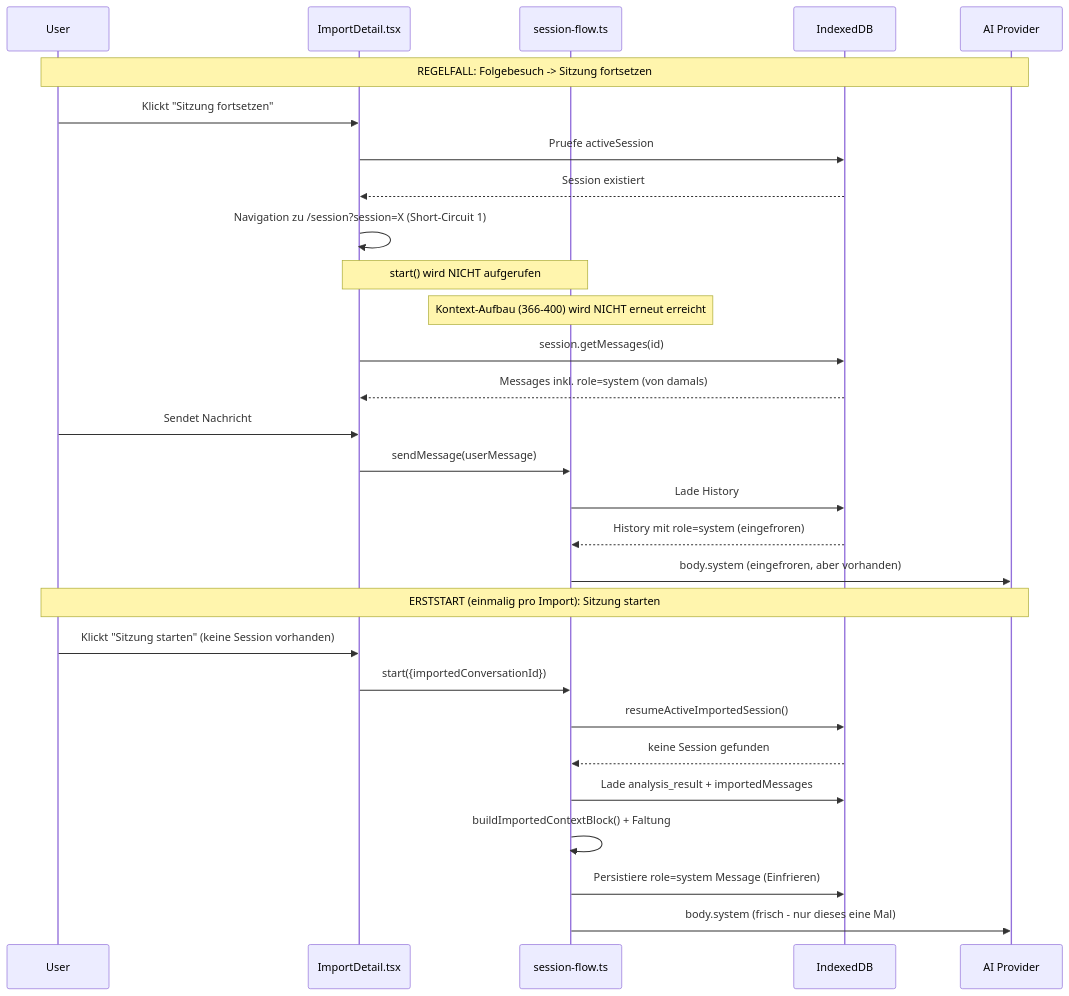
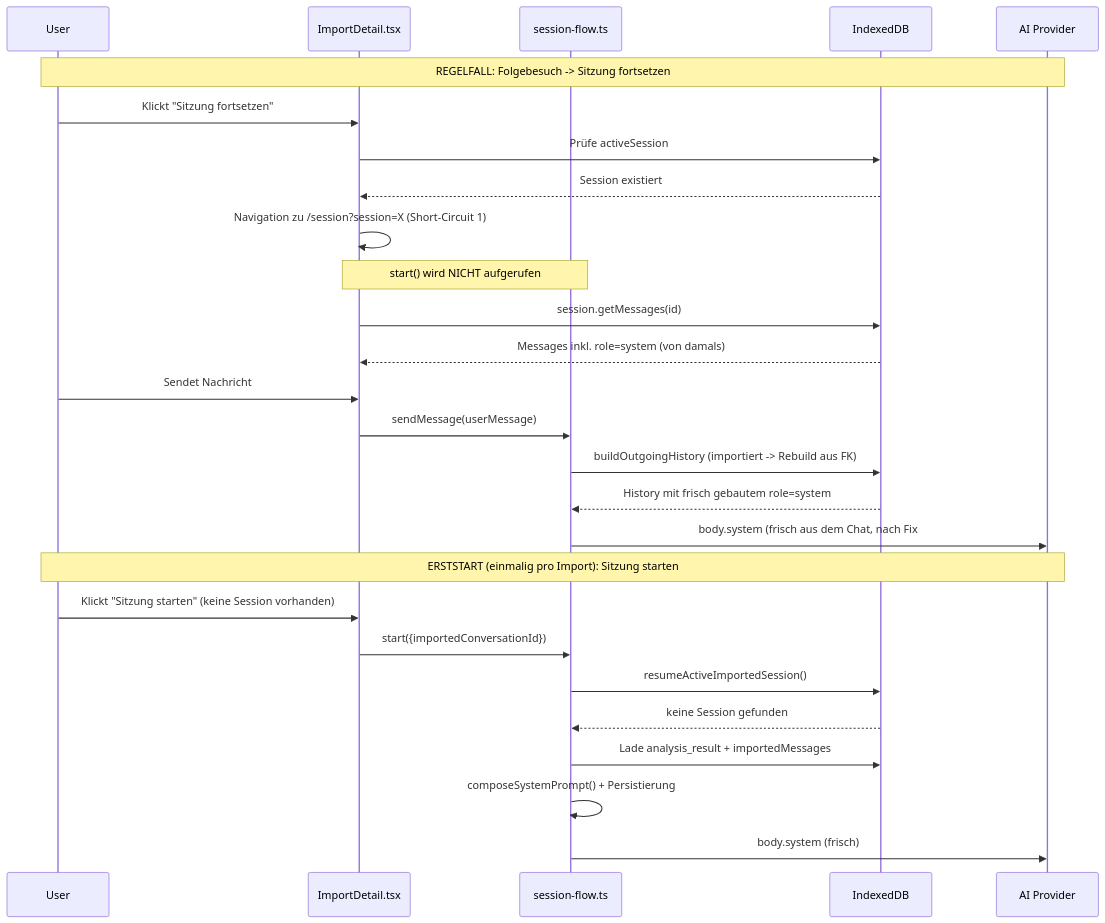
One commit to astrapi69/adaptive-learner changed the second of 2 diagrams in docs/frozen-prompt-analysis.md. Above: the diagram before and after it, drawn with Mermaid. The commit also changed other lines of this file, not shown here.

Commit message:
docs(frozen-prompt): use proper German umlauts in the analysis doc (#1122)

````diff
--- a/docs/frozen-prompt-analysis.md
+++ b/docs/frozen-prompt-analysis.md
@@ -199,33 +199,31 @@
 ```mermaid
 sequenceDiagram
     participant User
     participant UI as ImportDetail.tsx
     participant Flow as session-flow.ts
     participant DB as IndexedDB
     participant AI as AI Provider
 
     Note over User,AI: REGELFALL: Folgebesuch -> Sitzung fortsetzen
     User->>UI: Klickt "Sitzung fortsetzen"
-    UI->>DB: Pruefe activeSession
+    UI->>DB: Prüfe activeSession
     DB-->>UI: Session existiert
     UI->>UI: Navigation zu /session?session=X (Short-Circuit 1)
     Note over UI,Flow: start() wird NICHT aufgerufen
-    Note over Flow: Kontext-Aufbau (366-400) wird NICHT erneut erreicht
     UI->>DB: session.getMessages(id)
     DB-->>UI: Messages inkl. role=system (von damals)
     User->>UI: Sendet Nachricht
     UI->>Flow: sendMessage(userMessage)
-    Flow->>DB: Lade History
-    DB-->>Flow: History mit role=system (eingefroren)
-    Flow->>AI: body.system (eingefroren, aber vorhanden)
+    Flow->>DB: buildOutgoingHistory (importiert -> Rebuild aus FK)
+    DB-->>Flow: History mit frisch gebautem role=system
+    Flow->>AI: body.system (frisch aus dem Chat, nach Fix #1122)
 
     Note over User,AI: ERSTSTART (einmalig pro Import): Sitzung starten
     User->>UI: Klickt "Sitzung starten" (keine Session vorhanden)
     UI->>Flow: start({importedConversationId})
     Flow->>DB: resumeActiveImportedSession()
     DB-->>Flow: keine Session gefunden
     Flow->>DB: Lade analysis_result + importedMessages
-    Flow->>Flow: buildImportedContextBlock() + Faltung
-    Flow->>DB: Persistiere role=system Message (Einfrieren)
-    Flow->>AI: body.system (frisch - nur dieses eine Mal)
+    Flow->>Flow: composeSystemPrompt() + Persistierung
+    Flow->>AI: body.system (frisch)
 ```
````
